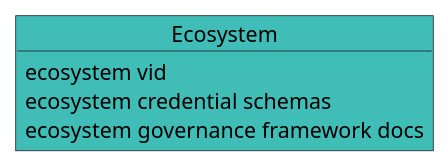
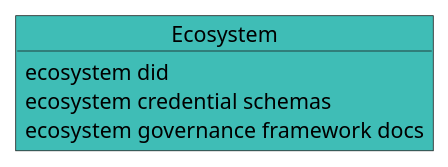
Before and after one commit to verana-labs/verifiable-trust-vpr-spec: the second of 21 diagrams in spec.md, drawn with PlantUML. The commit also changed other lines of this file, not shown here.

First line of the commit message:
revert(spec): drop the DID→VID rename, back to DID-only

````diff
--- a/spec.md
+++ b/spec.md
@@ -312,14 +309,14 @@
 ```plantuml
 
 @startuml
 scale max 800 width
  
 object "Ecosystem" as tra #3fbdb6 {
-    ecosystem vid
+    ecosystem did
     ecosystem credential schemas
     ecosystem governance framework docs
 }
 
 @enduml
 
 ```
````
